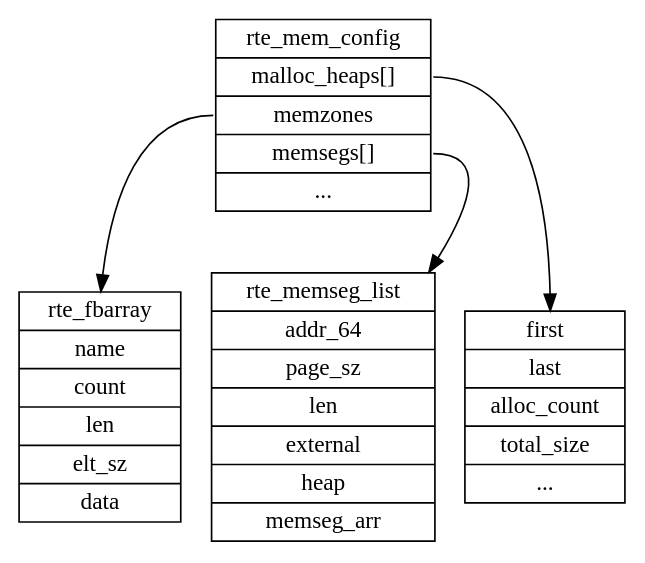
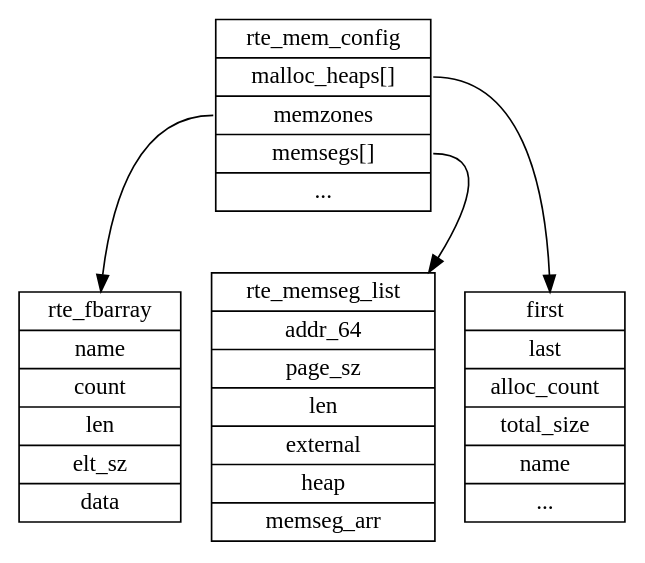
Before and after one commit to sisyphus1212/note: the diagram in dpdk/内存管理.md, drawn with Graphviz.

Commit message:
auto_update

````diff
--- a/dpdk/内存管理.md
+++ b/dpdk/内存管理.md
@@ -16,50 +16,51 @@
 ```graphviz
 digraph {
 	rte_mem_config[
 		label = "{
 		<f0>rte_mem_config|
         <f1>malloc_heaps[]|
 		<f2>memzones|
 		<f3>memsegs[]|
 		<f4>...
 		}",
 		shape = "record"
 	];
 	rte_fbarray[
 		label = "{
 		rte_fbarray|
         name|
 		count|
 		len|
 		elt_sz|
 		data
 		}",
 		shape = "record"
 	];
 	rte_memseg_list[
 		label = "{
 		<f0>rte_memseg_list|
 		<f1>addr_64|
 		<f2>page_sz|
 		<f3>len|
 		<f4>external|
 		<f5>heap |
 		<f6>memseg_arr
 		}",
 		shape = "record"
 	];
 	malloc_heap[
 		label = "{
 		first|
         last|
 		alloc_count|
 		total_size|
+		name|
 		...
 		}",
 		shape = "record"
 	];
 	rte_mem_config:f1 -> malloc_heap
 	rte_mem_config:f2 -> rte_fbarray
 	rte_mem_config:f3 -> rte_memseg_list
 }
 ```
````
